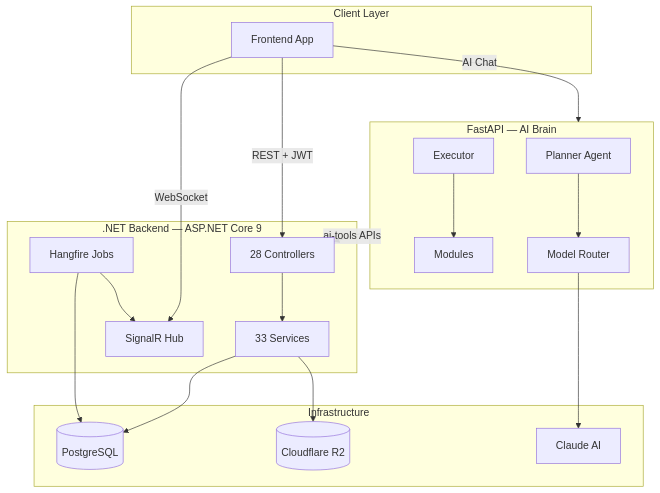
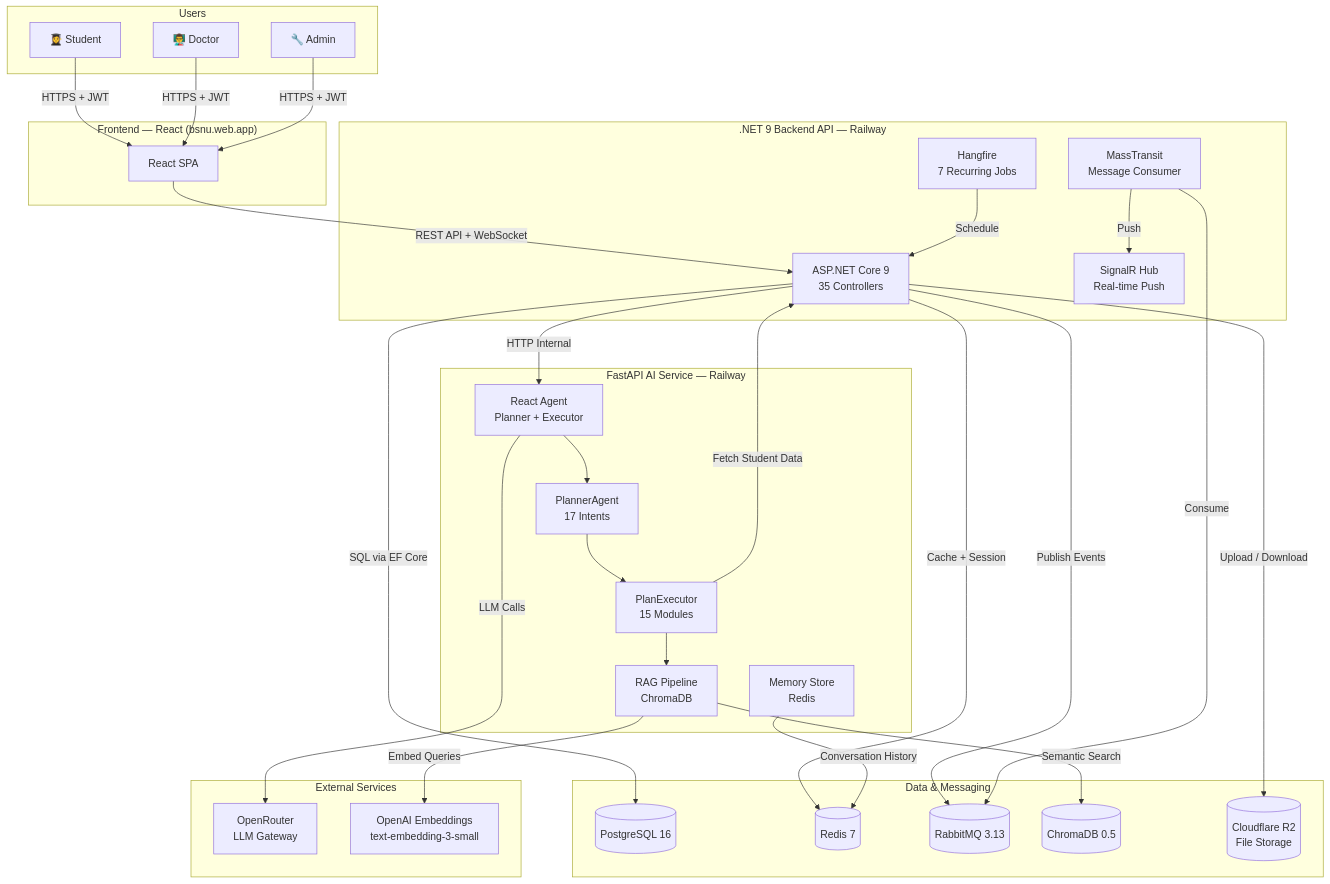
One commit to Mohamedmahmoud148/UniversityManagementSystem changed the second of 12 diagrams in Project-Documentation/21-Diagrams/index.md. Above: the diagram before and after it, drawn with Mermaid. The commit also changed other lines of this file and 33 other files, not shown here.

````diff
--- a/Project-Documentation/21-Diagrams/index.md
+++ b/Project-Documentation/21-Diagrams/index.md
@@ -15,41 +41,59 @@
 ```mermaid
 graph TB
-    subgraph Client["Client Layer"]
-        FE[Frontend App]
-    end
+  subgraph Users
+    S[👩‍🎓 Student]
+    D[👨‍🏫 Doctor]
+    A[🔧 Admin]
+  end
 
-    subgraph Backend[".NET Backend — ASP.NET Core 9"]
-        API[28 Controllers]
-        SVC[33 Services]
-        HF[Hangfire Jobs]
-        SR[SignalR Hub]
-    end
+  subgraph Frontend["Frontend — React (bsnu.web.app)"]
+    UI[React SPA]
+  end
 
-    subgraph AI["FastAPI — AI Brain"]
-        PL[Planner Agent]
-        EX[Executor]
-        MOD[Modules]
-        MR[Model Router]
-    end
+  subgraph Backend[".NET 9 Backend API — Railway"]
+    API[ASP.NET Core 9<br/>35 Controllers]
+    HF[Hangfire<br/>7 Recurring Jobs]
+    SR[SignalR Hub<br/>Real-time Push]
+    MT[MassTransit<br/>Message Consumer]
+  end
 
-    subgraph Infra["Infrastructure"]
-        PG[(PostgreSQL)]
-        R2[(Cloudflare R2)]
-        CL[Claude AI]
-    end
+  subgraph AIService["FastAPI AI Service — Railway"]
+    AGENT[React Agent<br/>Planner + Executor]
+    PLAN[PlannerAgent<br/>17 Intents]
+    EXEC[PlanExecutor<br/>15 Modules]
+    RAG[RAG Pipeline<br/>ChromaDB]
+    MEM[Memory Store<br/>Redis]
+  end
 
-    FE -->|REST + JWT| API
-    FE -->|WebSocket| SR
-    FE -->|AI Chat| AI
+  subgraph Storage["Data & Messaging"]
+    PG[(PostgreSQL 16)]
+    RD[(Redis 7)]
+    RMQ[(RabbitMQ 3.13)]
+    CH[(ChromaDB 0.5)]
+    R2[(Cloudflare R2<br/>File Storage)]
+  end
 
-    API --> SVC
-    SVC --> PG
-    SVC --> R2
-    HF --> PG
-    HF --> SR
+  subgraph External["External Services"]
+    OR[OpenRouter<br/>LLM Gateway]
+    OAIE[OpenAI Embeddings<br/>text-embedding-3-small]
+  end
 
-    AI -->|ai-tools APIs| API
-    PL --> MR
-    EX --> MOD
-    MR --> CL
+  S & D & A -->|HTTPS + JWT| UI
+  UI -->|REST API + WebSocket| API
+  API -->|SQL via EF Core| PG
+  API -->|Cache + Session| RD
+  API -->|Publish Events| RMQ
+  API -->|Upload / Download| R2
+  API -->|HTTP Internal| AGENT
+  HF -->|Schedule| API
+  MT -->|Consume| RMQ
+  MT -->|Push| SR
+  AGENT --> PLAN
+  PLAN --> EXEC
+  EXEC --> RAG
+  RAG -->|Embed Queries| OAIE
+  RAG -->|Semantic Search| CH
+  EXEC -->|Fetch Student Data| API
+  MEM -->|Conversation History| RD
+  AGENT -->|LLM Calls| OR
 ```
````
